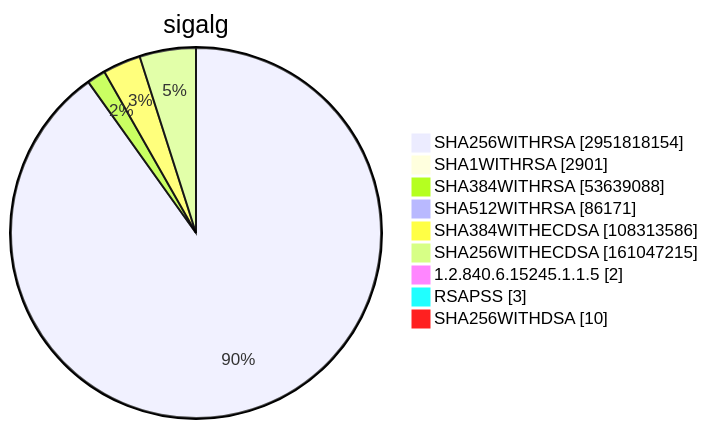
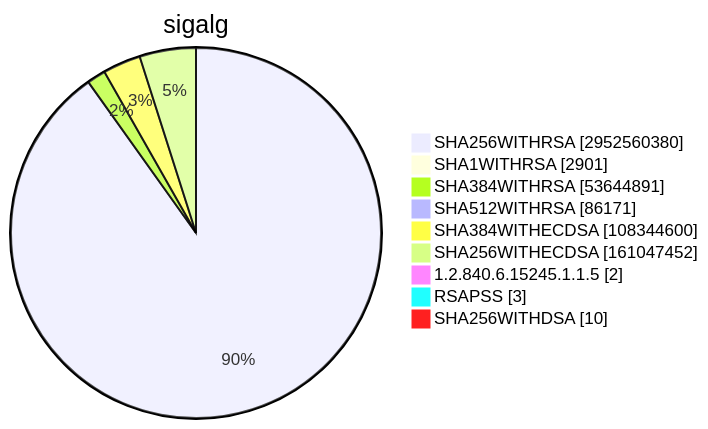
One commit to christiankrug/ctmonitor_visualization changed diagram 15 of 15 in TOTAL/README.md. Above: the diagram before and after it, drawn with Mermaid. The commit also changed other lines of this file, not shown here.

````diff
--- a/TOTAL/README.md
+++ b/TOTAL/README.md
@@ -6207,13 +6207,13 @@
 ```mermaid
 pie showData
 title sigalg
-"SHA256WITHRSA" :2951818154
+"SHA256WITHRSA" :2952560380
 "SHA1WITHRSA" :2901
-"SHA384WITHRSA" :53639088
+"SHA384WITHRSA" :53644891
 "SHA512WITHRSA" :86171
-"SHA384WITHECDSA" :108313586
-"SHA256WITHECDSA" :161047215
+"SHA384WITHECDSA" :108344600
+"SHA256WITHECDSA" :161047452
 "1.2.840.6.15245.1.1.5" :2
 "RSAPSS" :3
 "SHA256WITHDSA" :10
 ```
````
